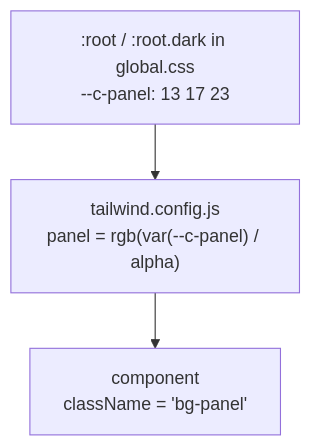
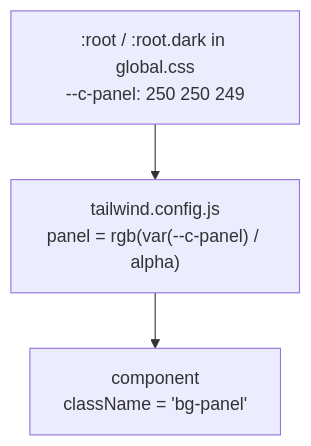
The second of 2 diagrams in raxis/dashboard-fe/README.md (chika5105/raxis), drawn with Mermaid before and after one commit. The commit also changed other lines of this file and 6 other files, not shown here.

````diff
--- a/raxis/dashboard-fe/README.md
+++ b/raxis/dashboard-fe/README.md
@@ -68,7 +65,7 @@
 ```mermaid
 flowchart TD
-    css[":root / :root.dark in global.css<br/>--c-panel: 13 17 23"]
+    css[":root / :root.dark in global.css<br/>--c-panel: 250 250 249"]
     tailwind["tailwind.config.js<br/>panel = rgb(var(--c-panel) / alpha)"]
     component["component<br/>className = 'bg-panel'"]
     css --> tailwind --> component
 ```
````
